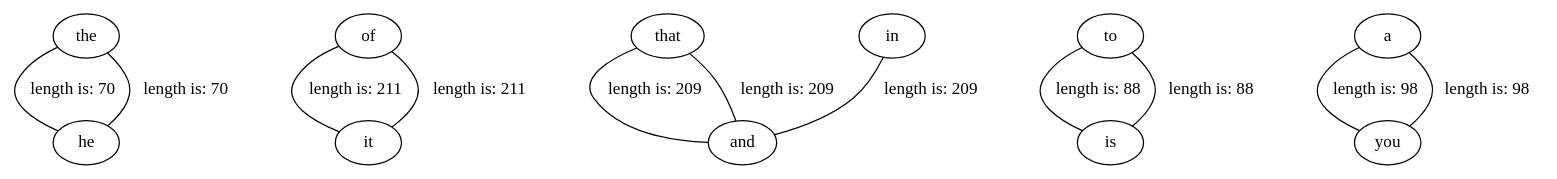
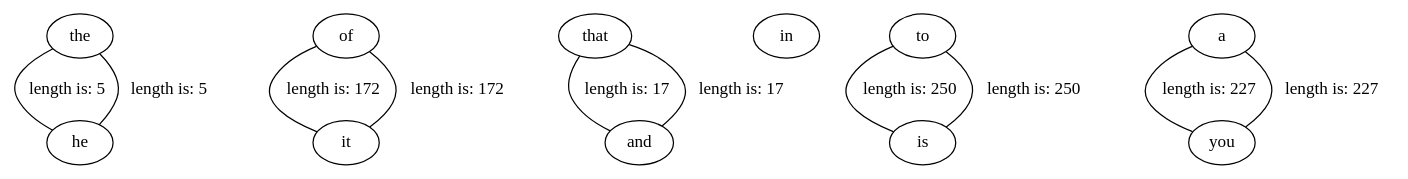
Before and after one commit to InvincibleRMC/CSDS233: the diagram in P6_RMC170_Carlstrom/graph.dot, drawn with Graphviz. The commit also changed 1 other file, not shown here.

Commit message:
fixed graph drawer

```diff
--- a/P6_RMC170_Carlstrom/graph.dot
+++ b/P6_RMC170_Carlstrom/graph.dot
@@ -1,14 +1,15 @@
 // dot file of graph
 graph graphname {
-the -- he [label="length is: 70"]
-of -- it [label="length is: 211"]
-that -- and [label="length is: 209"]
-he -- the [label="length is: 70"]
-in -- and -- that [label="length is: 209"]
-to -- is [label="length is: 88"]
-is -- to [label="length is: 88"]
-it -- of [label="length is: 211"]
-a -- you [label="length is: 98"]
-you -- a [label="length is: 98"]
+the -- he [label="length is: 5"]
+of -- it [label="length is: 172"]
+that -- and [label="length is: 17"]
+he -- the [label="length is: 5"]
+in
+and -- that [label="length is: 17"]
+to -- is [label="length is: 250"]
+is -- to [label="length is: 250"]
+it -- of [label="length is: 172"]
+a -- you [label="length is: 227"]
+you -- a [label="length is: 227"]
 
 }
```
